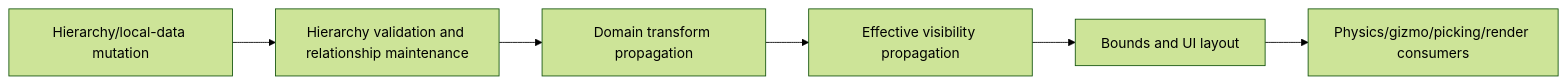
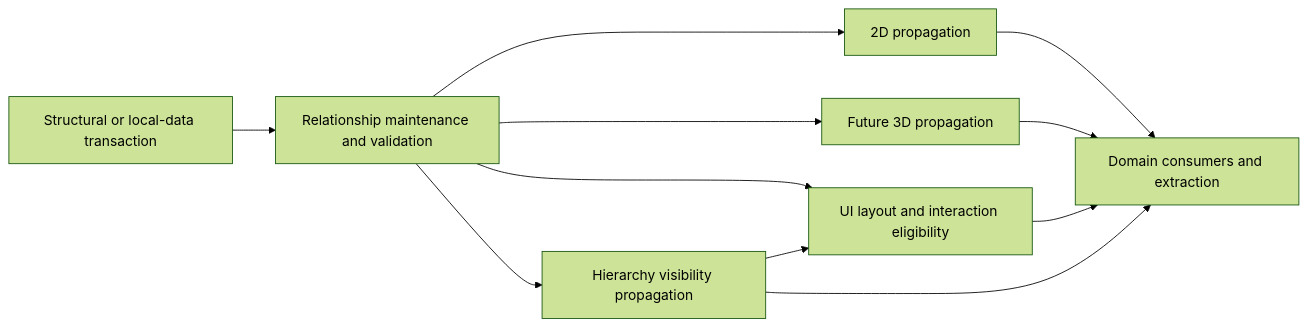
Before and after one commit to Latias94/nara: the second of 2 diagrams in docs/architecture/adr/0085-hierarchy-transform-and-visibility-semantics.md, drawn with Mermaid (forest theme). The commit also changed other lines of this file and 63 other files, not shown here.

First line of the commit message:
docs(architecture): refine product module boundaries

````diff
--- a/docs/architecture/adr/0085-hierarchy-transform-and-visibility-semantics.md
+++ b/docs/architecture/adr/0085-hierarchy-transform-and-visibility-semantics.md
@@ -213,11 +361,17 @@
 ```mermaid
 flowchart LR
-    Mutate[Hierarchy/local-data mutation]
-    Maintain[Hierarchy validation and relationship maintenance]
-    Transform[Domain transform propagation]
-    Visibility[Effective visibility propagation]
-    Derived[Bounds and UI layout]
-    Extract[Physics/gizmo/picking/render consumers]
+    Mutate[Structural or local-data transaction]
+    Maintain[Relationship maintenance and validation]
+    T2[2D propagation]
+    T3[Future 3D propagation]
+    UI[UI layout and interaction eligibility]
+    Vis[Hierarchy visibility propagation]
+    Consume[Domain consumers and extraction]
 
-    Mutate --> Maintain --> Transform --> Visibility --> Derived --> Extract
+    Mutate --> Maintain
+    Maintain --> T2 --> Consume
+    Maintain --> T3 --> Consume
+    Maintain --> UI --> Consume
+    Maintain --> Vis --> UI
+    Vis --> Consume
 ```
````
